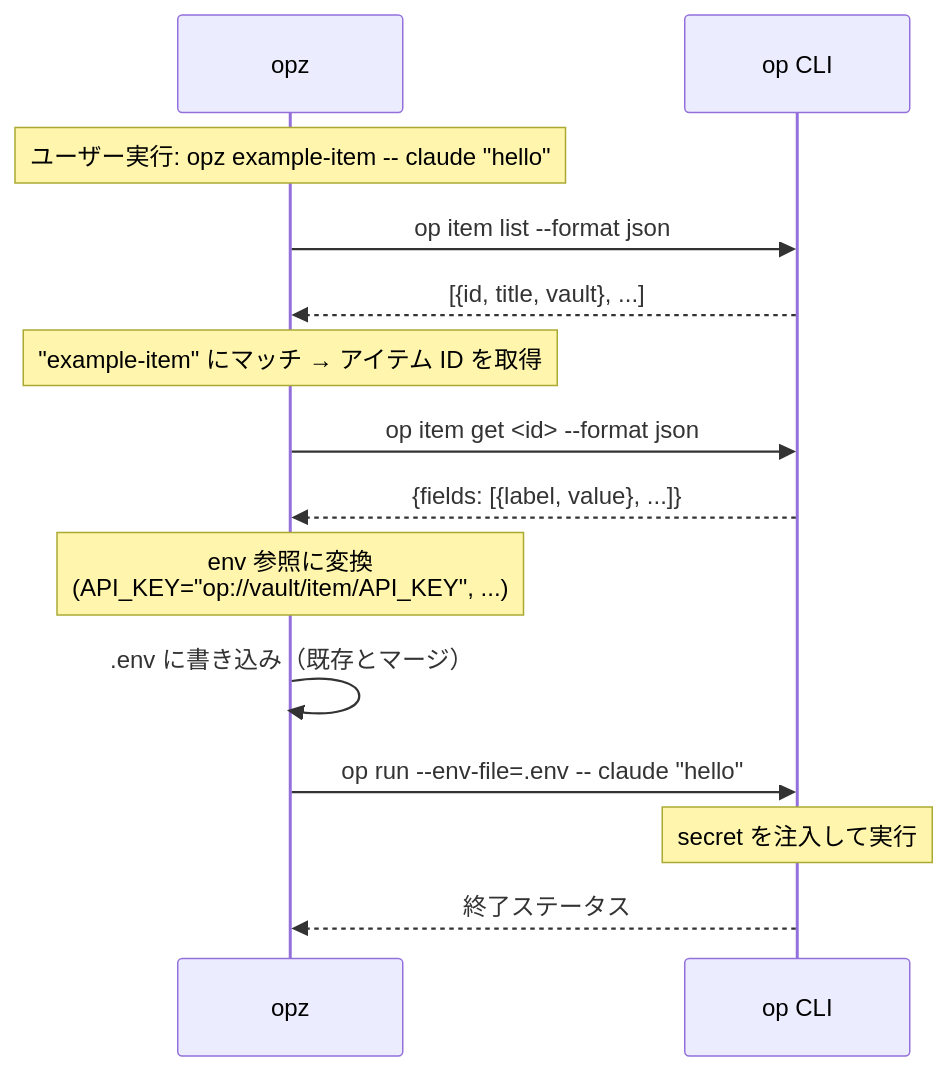
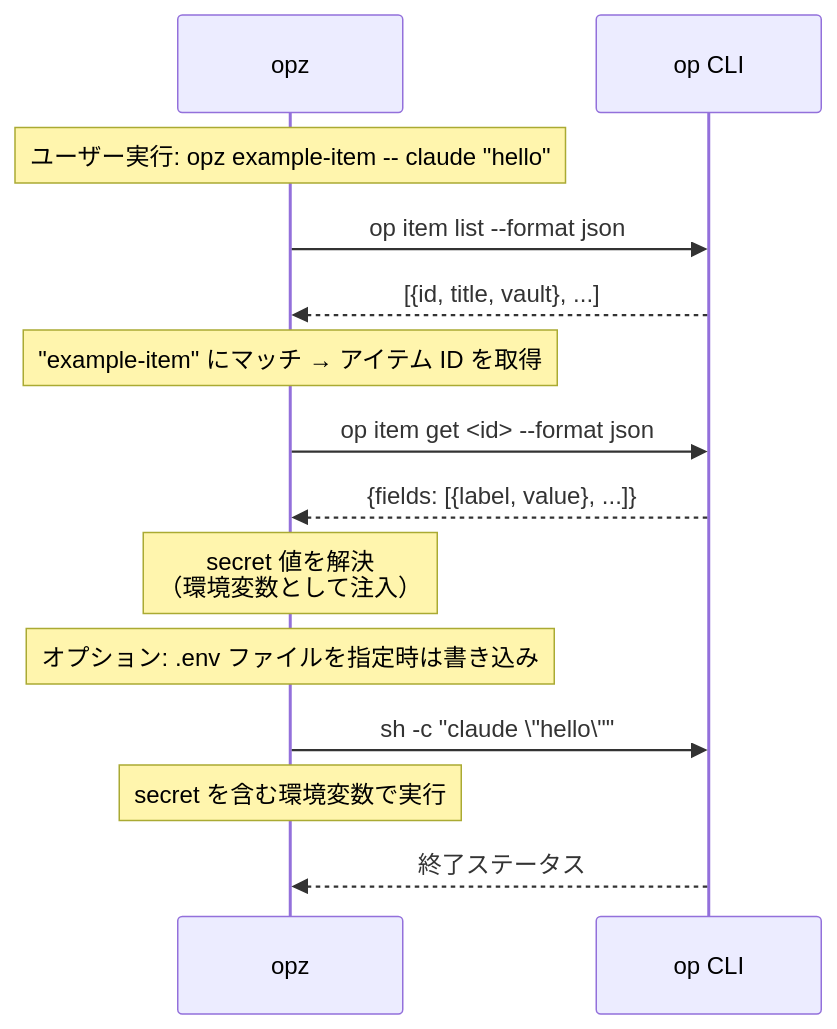
Before and after one commit to f4ah6o/opx: the diagram in README.ja.md, drawn with Mermaid. The commit also changed other lines of this file and 2 other files, not shown here.

First line of the commit message:
feat: make .env file generation optional

````diff
--- a/README.ja.md
+++ b/README.ja.md
@@ -104,21 +110,21 @@
 ```mermaid
 sequenceDiagram
     participant opz
     participant op as op CLI
 
     Note over opz: ユーザー実行: opz example-item -- claude "hello"
 
     opz->>op: op item list --format json
     op-->>opz: [{id, title, vault}, ...]
     Note over opz: "example-item" にマッチ → アイテム ID を取得
 
     opz->>op: op item get <id> --format json
     op-->>opz: {fields: [{label, value}, ...]}
-    Note over opz: env 参照に変換<br/>(API_KEY="op://vault/item/API_KEY", ...)
+    Note over opz: secret 値を解決<br/>（環境変数として注入）
 
-    opz->>opz: .env に書き込み（既存とマージ）
+    Note over opz: オプション: .env ファイルを指定時は書き込み
 
-    opz->>op: op run --env-file=.env -- claude "hello"
-    Note over op: secret を注入して実行
+    opz->>op: sh -c "claude \"hello\""
+    Note over opz: secret を含む環境変数で実行
     op-->>opz: 終了ステータス
 ```
````
